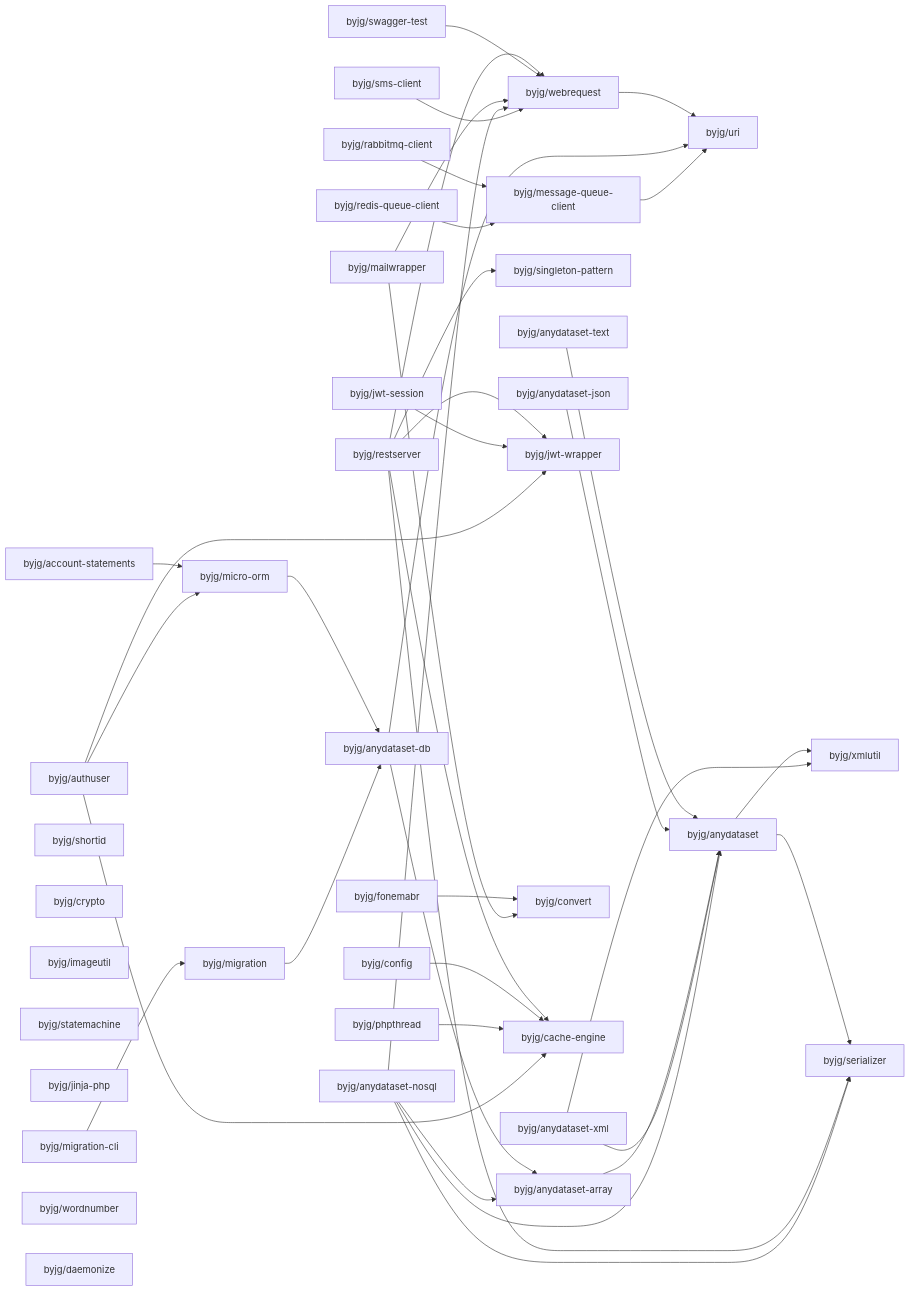
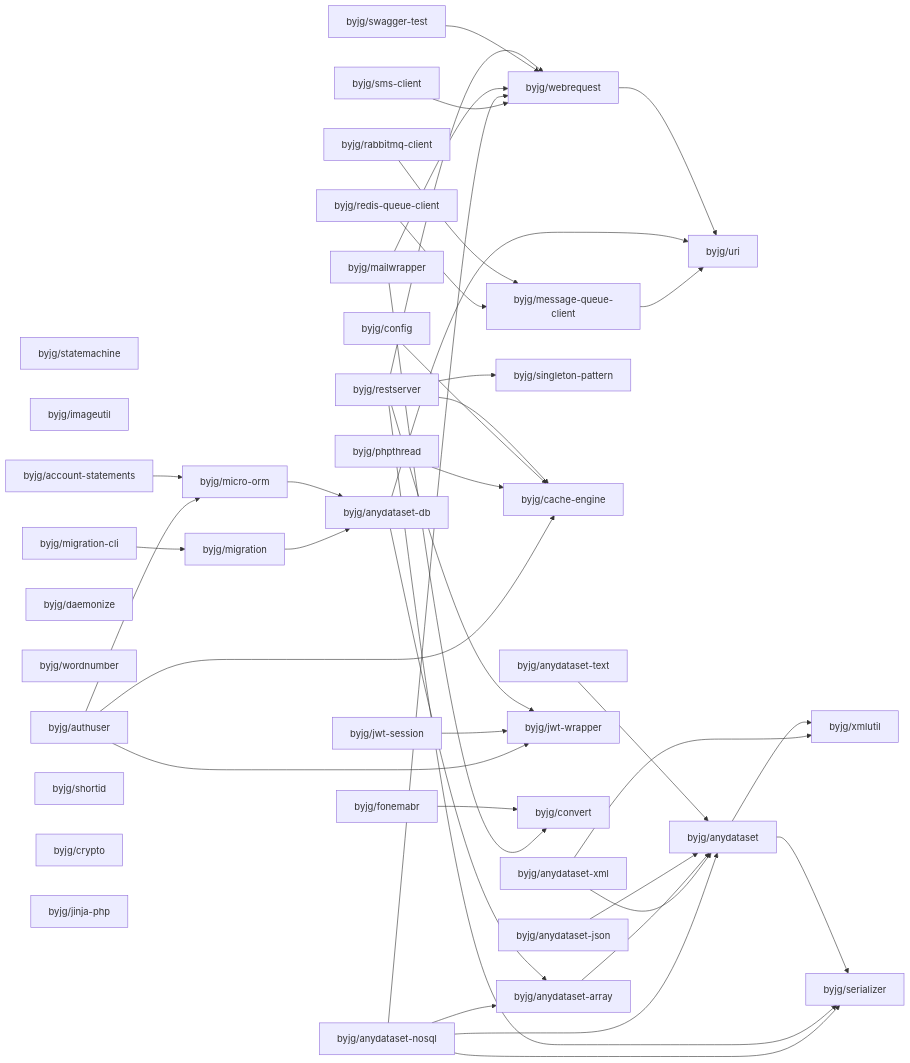
The diagram in docs/php/README.md (byjg/byjg.github.io), drawn with Mermaid before and after one commit. The commit also changed other lines of this file, not shown here.

Commit message:
Update documentation 'php' 'php-migration'

````diff
--- a/docs/php/README.md
+++ b/docs/php/README.md
@@ -3,78 +3,78 @@
 ```mermaid
 graph LR;
-  byjg/authuser;
-  byjg/migration-cli;
-  byjg/shortid;
-  byjg/crypto;
+  byjg/sms-client;
+  byjg/statemachine;
+  byjg/anydataset-json;
+  byjg/anydataset-nosql;
+  byjg/jwt-session;
   byjg/anydataset-text;
-  byjg/mailwrapper;
-  byjg/sms-client;
   byjg/imageutil;
   byjg/rabbitmq-client;
-  byjg/statemachine;
+  byjg/swagger-test;
+  byjg/account-statements;
+  byjg/anydataset-xml;
+  byjg/phpthread;
+  byjg/authuser;
+  byjg/daemonize;
+  byjg/wordnumber;
+  byjg/migration-cli;
+  byjg/mailwrapper;
+  byjg/shortid;
+  byjg/config;
   byjg/restserver;
+  byjg/crypto;
   byjg/jinja-php;
-  byjg/swagger-test;
-  byjg/anydataset-nosql;
-  byjg/anydataset-xml;
-  byjg/account-statements;
-  byjg/anydataset-json;
+  byjg/fonemabr;
   byjg/redis-queue-client;
-  byjg/config;
-  byjg/jwt-session;
-  byjg/fonemabr;
-  byjg/wordnumber;
-  byjg/phpthread;
-  byjg/daemonize;
+  byjg/micro-orm;
   byjg/migration;
   byjg/singleton-pattern;
+  byjg/cache-engine;
   byjg/webrequest;
-  byjg/micro-orm;
-  byjg/message-queue-client;
   byjg/jwt-wrapper;
   byjg/convert;
-  byjg/cache-engine;
+  byjg/message-queue-client;
   byjg/anydataset-db;
   byjg/anydataset-array;
   byjg/uri;
   byjg/anydataset;
   byjg/serializer;
   byjg/xmlutil;
   byjg/sms-client --> byjg/webrequest;
   byjg/anydataset-nosql --> byjg/anydataset;
   byjg/anydataset-nosql --> byjg/anydataset-array;
   byjg/anydataset-nosql --> byjg/serializer;
   byjg/anydataset-nosql --> byjg/webrequest;
   byjg/anydataset-xml --> byjg/anydataset;
   byjg/anydataset-xml --> byjg/xmlutil;
   byjg/message-queue-client --> byjg/uri;
   byjg/redis-queue-client --> byjg/message-queue-client;
   byjg/authuser --> byjg/micro-orm;
   byjg/authuser --> byjg/cache-engine;
   byjg/authuser --> byjg/jwt-wrapper;
   byjg/mailwrapper --> byjg/convert;
   byjg/mailwrapper --> byjg/webrequest;
   byjg/anydataset-array --> byjg/anydataset;
   byjg/jwt-session --> byjg/jwt-wrapper;
   byjg/account-statements --> byjg/micro-orm;
   byjg/phpthread --> byjg/cache-engine;
   byjg/fonemabr --> byjg/convert;
   byjg/migration --> byjg/anydataset-db;
   byjg/micro-orm --> byjg/anydataset-db;
   byjg/swagger-test --> byjg/webrequest;
   byjg/anydataset-db --> byjg/anydataset-array;
   byjg/anydataset-db --> byjg/uri;
   byjg/config --> byjg/cache-engine;
   byjg/anydataset-json --> byjg/anydataset;
   byjg/anydataset-text --> byjg/anydataset;
   byjg/rabbitmq-client --> byjg/message-queue-client;
   byjg/restserver --> byjg/serializer;
   byjg/restserver --> byjg/singleton-pattern;
   byjg/restserver --> byjg/cache-engine;
   byjg/restserver --> byjg/webrequest;
   byjg/restserver --> byjg/jwt-wrapper;
   byjg/anydataset --> byjg/serializer;
   byjg/anydataset --> byjg/xmlutil;
   byjg/webrequest --> byjg/uri;
   byjg/migration-cli --> byjg/migration;
 ```
````
